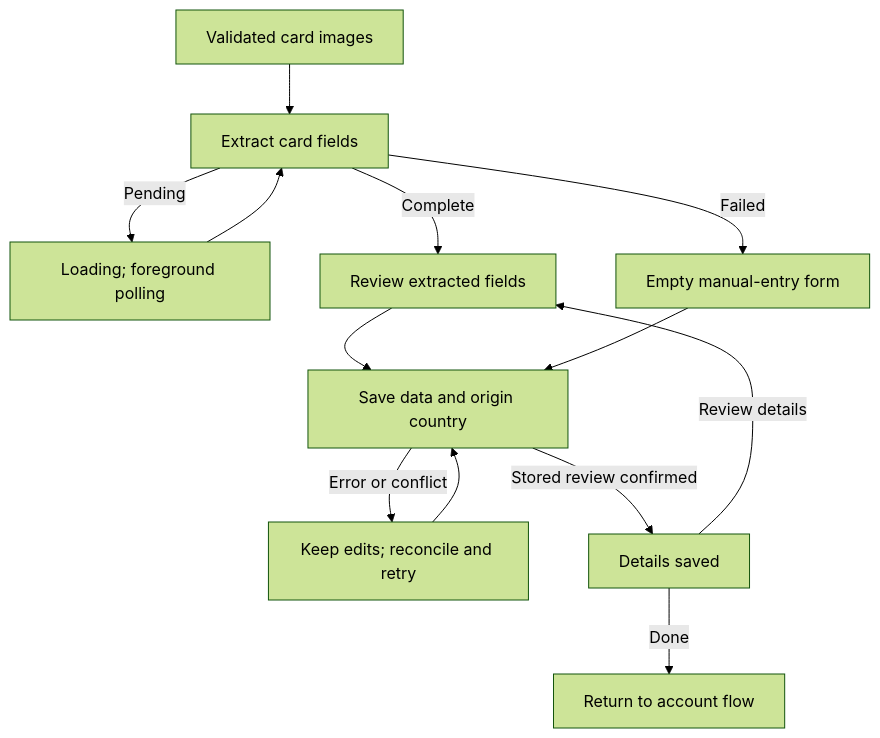
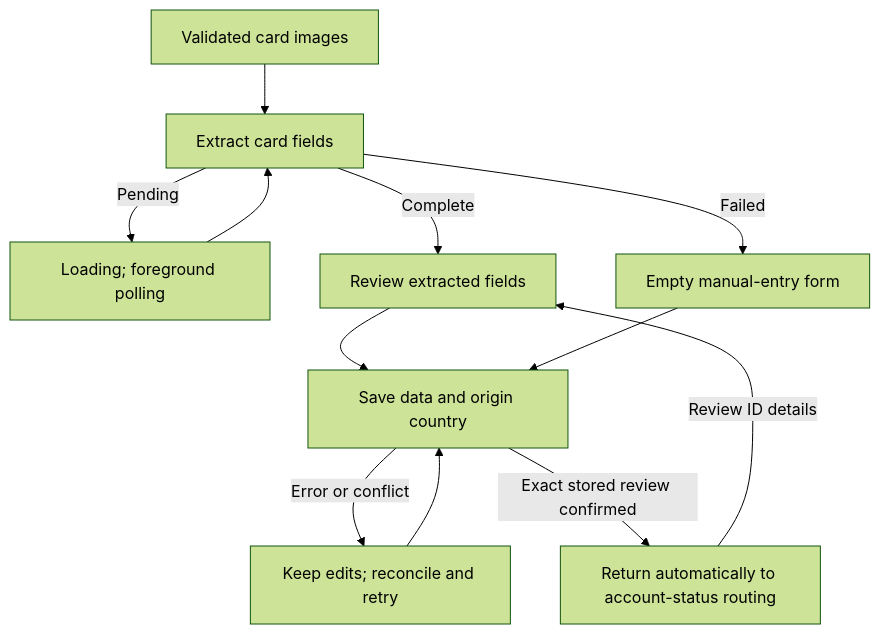
One commit to lambdawalker/design.attestra changed the diagram in auth/onboarding/id-parsing/flow.md. Above: the diagram before and after it, drawn with Mermaid (forest theme). The commit also changed other lines of this file and 68 other files, not shown here.

````diff
--- a/auth/onboarding/id-parsing/flow.md
+++ b/auth/onboarding/id-parsing/flow.md
@@ -5,15 +5,14 @@
 ```mermaid
 flowchart TD
     A["Validated card images"] --> B["Extract card fields"]
     B -->|Pending| C["Loading; foreground polling"]
     C --> B
     B -->|Complete| D["Review extracted fields"]
     B -->|Failed| E["Empty manual-entry form"]
     D --> F["Save data and origin country"]
     E --> F
     F -->|Error or conflict| G["Keep edits; reconcile and retry"]
     G --> F
-    F -->|Stored review confirmed| H["Details saved"]
-    H -->|Review details| D
-    H -->|Done| I["Return to account flow"]
+    F -->|Exact stored review confirmed| I["Return automatically to account-status routing"]
+    I -->|Review ID details| D
 ```
````
